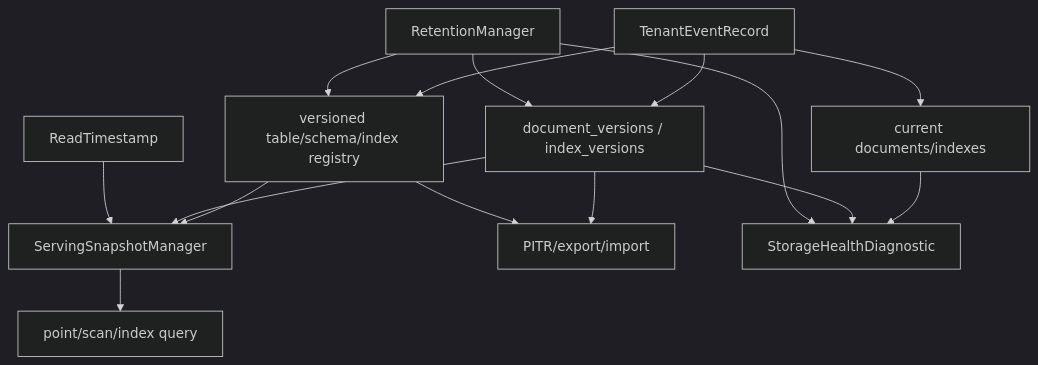
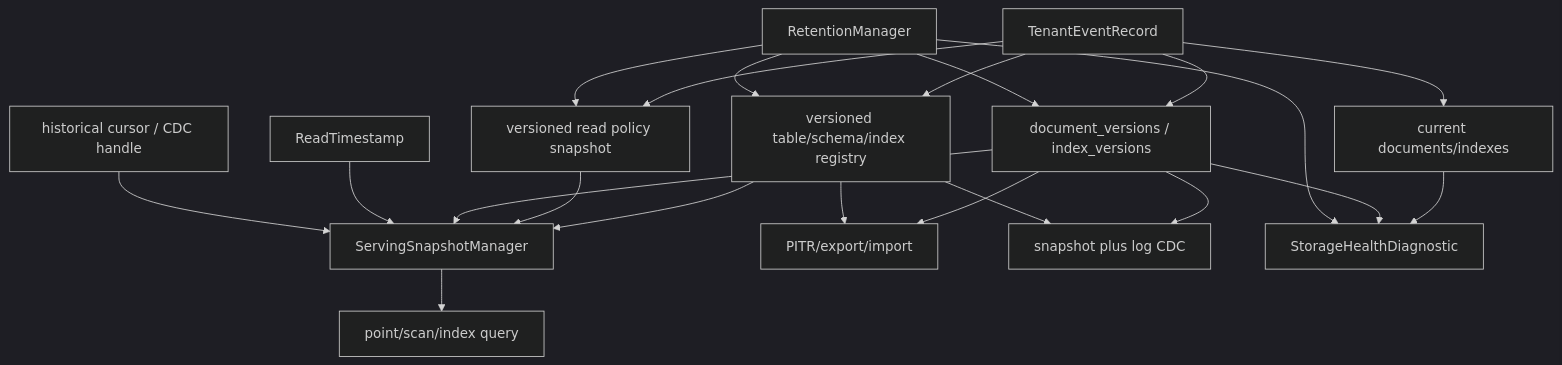
Before and after one commit to nimbus/nimbus: the diagram in docs/plans/storage-engine-quality-and-mvcc-plan.md, drawn with Mermaid (dark theme). The commit also changed other lines of this file and 104 other files, not shown here.

````diff
--- a/docs/plans/storage-engine-quality-and-mvcc-plan.md
+++ b/docs/plans/storage-engine-quality-and-mvcc-plan.md
@@ -75,28 +288,37 @@
 ```mermaid
 flowchart TD
     Commit["TenantEventRecord"]
     Current["current documents/indexes"]
     Versions["document_versions / index_versions"]
     Registry["versioned table/schema/index registry"]
+    Policy["versioned read policy snapshot"]
     SnapshotManager["ServingSnapshotManager"]
     ReadTs["ReadTimestamp"]
+    Cursor["historical cursor / CDC handle"]
     Query["point/scan/index query"]
     Retention["RetentionManager"]
     PITR["PITR/export/import"]
+    CDC["snapshot plus log CDC"]
     Diagnostics["StorageHealthDiagnostic"]
 
     Commit --> Current
     Commit --> Versions
     Commit --> Registry
+    Commit --> Policy
     Registry --> SnapshotManager
+    Policy --> SnapshotManager
     Versions --> SnapshotManager
     ReadTs --> SnapshotManager
+    Cursor --> SnapshotManager
     SnapshotManager --> Query
     Retention --> Versions
     Retention --> Registry
+    Retention --> Policy
     Versions --> PITR
     Registry --> PITR
+    Versions --> CDC
+    Registry --> CDC
     Current --> Diagnostics
     Versions --> Diagnostics
     Retention --> Diagnostics
 ```
````
